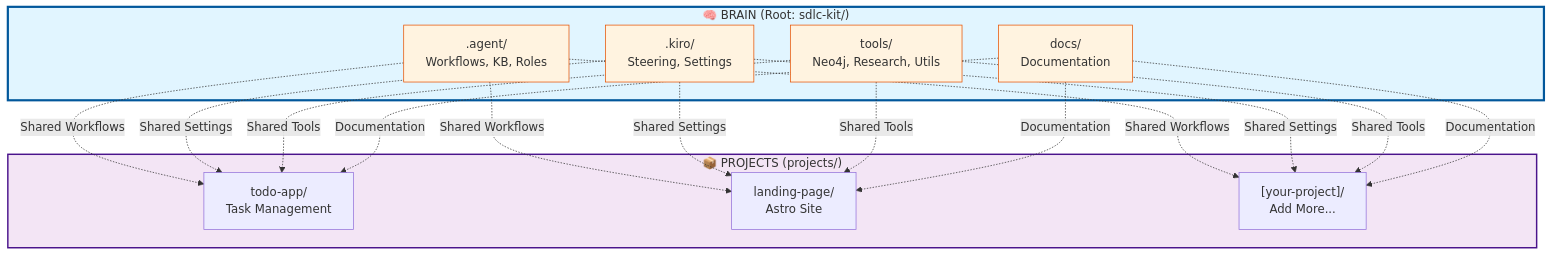
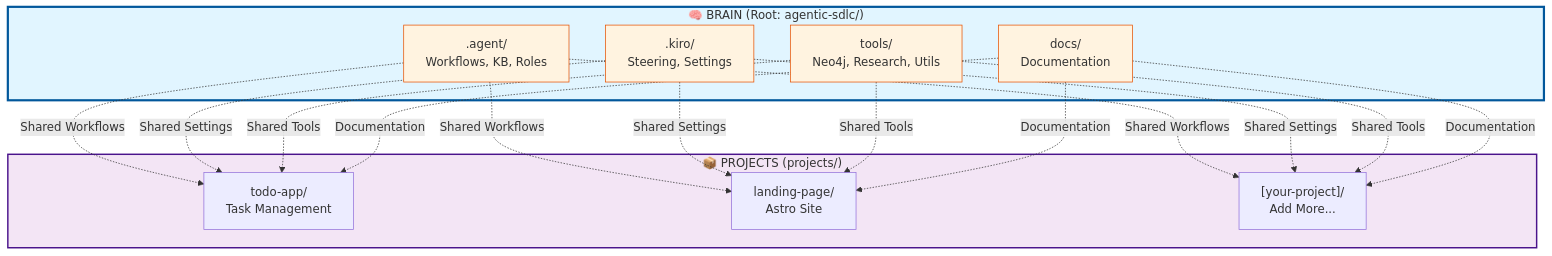
The diagram in docs/MONOREPO-ARCHITECTURE.md (truongnat/template-instructions), drawn with Mermaid before and after one commit. The commit also changed other lines of this file and 51 other files, not shown here.

Commit message:
revert: revert project rename, keeping agentic-sdlc name

````diff
--- a/docs/MONOREPO-ARCHITECTURE.md
+++ b/docs/MONOREPO-ARCHITECTURE.md
@@ -9,38 +9,38 @@
 ```mermaid
 graph TB
-    subgraph ROOT["🧠 BRAIN (Root: sdlc-kit/)"]
+    subgraph ROOT["🧠 BRAIN (Root: agentic-sdlc/)"]
         AGENT[".agent/<br/>Workflows, KB, Roles"]
         KIRO[".kiro/<br/>Steering, Settings"]
         TOOLS["tools/<br/>Neo4j, Research, Utils"]
         DOCS["docs/<br/>Documentation"]
     end
 
     subgraph PROJECTS["📦 PROJECTS (projects/)"]
         TODO["todo-app/<br/>Task Management"]
         LANDING["landing-page/<br/>Astro Site"]
         FUTURE["[your-project]/<br/>Add More..."]
     end
 
     AGENT -.->|"Shared Workflows"| TODO
     AGENT -.->|"Shared Workflows"| LANDING
     AGENT -.->|"Shared Workflows"| FUTURE
     
     KIRO -.->|"Shared Settings"| TODO
     KIRO -.->|"Shared Settings"| LANDING
     KIRO -.->|"Shared Settings"| FUTURE
     
     TOOLS -.->|"Shared Tools"| TODO
     TOOLS -.->|"Shared Tools"| LANDING
     TOOLS -.->|"Shared Tools"| FUTURE
     
     DOCS -.->|"Documentation"| TODO
     DOCS -.->|"Documentation"| LANDING
     DOCS -.->|"Documentation"| FUTURE
 
     style ROOT fill:#e1f5ff,stroke:#01579b,stroke-width:3px
     style PROJECTS fill:#f3e5f5,stroke:#4a148c,stroke-width:2px
     style AGENT fill:#fff3e0,stroke:#e65100
     style KIRO fill:#fff3e0,stroke:#e65100
     style TOOLS fill:#fff3e0,stroke:#e65100
     style DOCS fill:#fff3e0,stroke:#e65100
 ```
````
